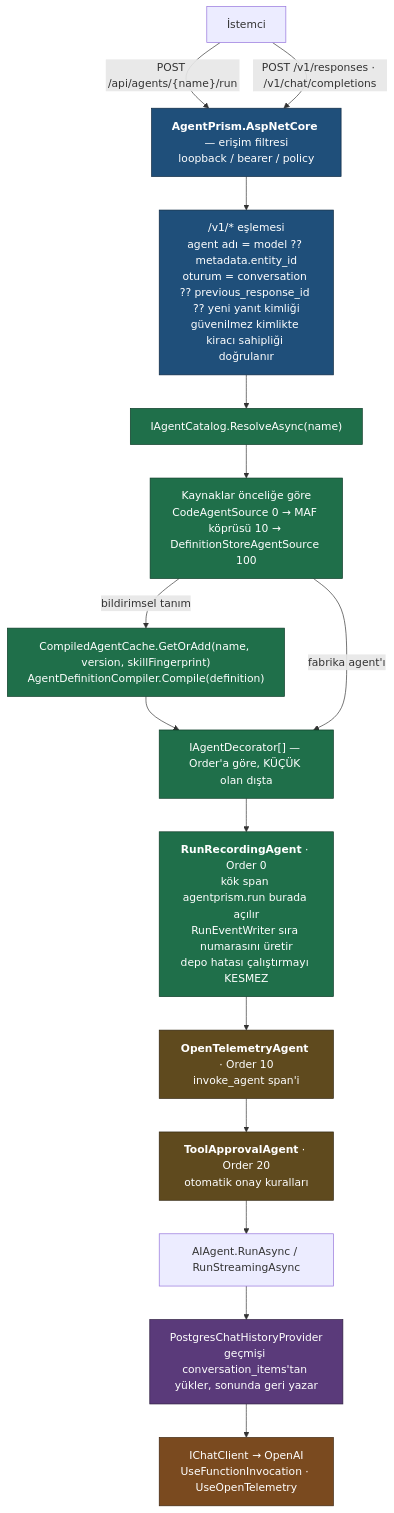
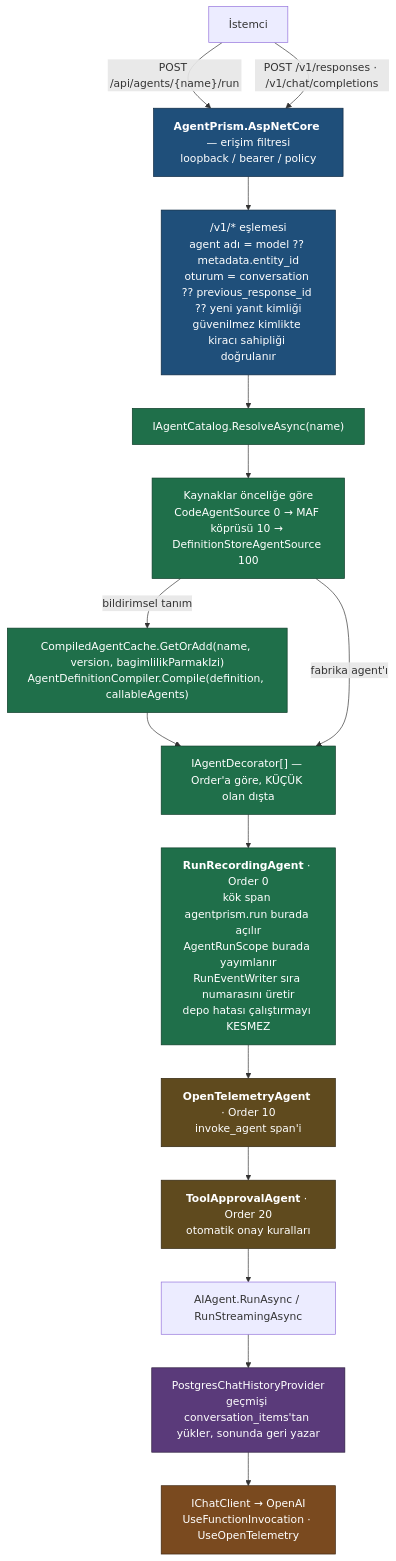
Before and after one commit to farukatasoy/Tracon: the fourth of 11 diagrams in docs/MIMARI.md, drawn with Mermaid. The commit also changed other lines of this file and 69 other files, not shown here.

````diff
--- a/docs/MIMARI.md
+++ b/docs/MIMARI.md
@@ -613,35 +624,35 @@
 ```mermaid
 flowchart TD
     C["İstemci"]
     H["<b>AgentPrism.AspNetCore</b> — erişim filtresi<br/>loopback / bearer / policy"]
     V1["/v1/* eşlemesi<br/>agent adı = model ?? metadata.entity_id<br/>oturum = conversation ?? previous_response_id ?? yeni yanıt kimliği<br/>güvenilmez kimlikte kiracı sahipliği doğrulanır"]
     R["IAgentCatalog.ResolveAsync(name)"]
     SRC["Kaynaklar önceliğe göre<br/>CodeAgentSource 0 → MAF köprüsü 10 → DefinitionStoreAgentSource 100"]
-    COMP["CompiledAgentCache.GetOrAdd(name, version, skillFingerprint)<br/>AgentDefinitionCompiler.Compile(definition)"]
+    COMP["CompiledAgentCache.GetOrAdd(name, version, bagimlilikParmakIzi)<br/>AgentDefinitionCompiler.Compile(definition, callableAgents)"]
     DEC["IAgentDecorator[] — Order'a göre, KÜÇÜK olan dışta"]
-    REC["<b>RunRecordingAgent</b> · Order 0<br/>kök span agentprism.run burada açılır<br/>RunEventWriter sıra numarasını üretir<br/>depo hatası çalıştırmayı KESMEZ"]
+    REC["<b>RunRecordingAgent</b> · Order 0<br/>kök span agentprism.run burada açılır<br/>AgentRunScope burada yayımlanır<br/>RunEventWriter sıra numarasını üretir<br/>depo hatası çalıştırmayı KESMEZ"]
     OTEL["<b>OpenTelemetryAgent</b> · Order 10<br/>invoke_agent span'i"]
     APR["<b>ToolApprovalAgent</b> · Order 20<br/>otomatik onay kuralları"]
     RUN["AIAgent.RunAsync / RunStreamingAsync"]
     CHP["PostgresChatHistoryProvider<br/>geçmişi conversation_items'tan yükler, sonunda geri yazar"]
     LLM["IChatClient → OpenAI<br/>UseFunctionInvocation · UseOpenTelemetry"]
 
     C -->|"POST /api/agents/{name}/run"| H
     C -->|"POST /v1/responses · /v1/chat/completions"| H
     H --> V1 --> R --> SRC
     SRC -->|"bildirimsel tanım"| COMP --> DEC
     SRC -->|"fabrika agent'ı"| DEC
     DEC --> REC --> OTEL --> APR --> RUN
     RUN --> CHP --> LLM
 
     classDef faz4 fill:#1f4f7a,stroke:#0d2740,color:#ffffff
     classDef faz1 fill:#1f6f4a,stroke:#0d3b27,color:#ffffff
     classDef faz2 fill:#5a3a7a,stroke:#2c1c3d,color:#ffffff
     classDef faz3 fill:#7a4a1f,stroke:#3d250f,color:#ffffff
     class H,V1 faz4
     classDef faz6 fill:#5f4a1e,stroke:#302510,color:#ffffff
     class R,SRC,COMP,DEC,REC faz1
     class CHP faz2
     class LLM faz3
     class OTEL,APR faz6
 ```
````
